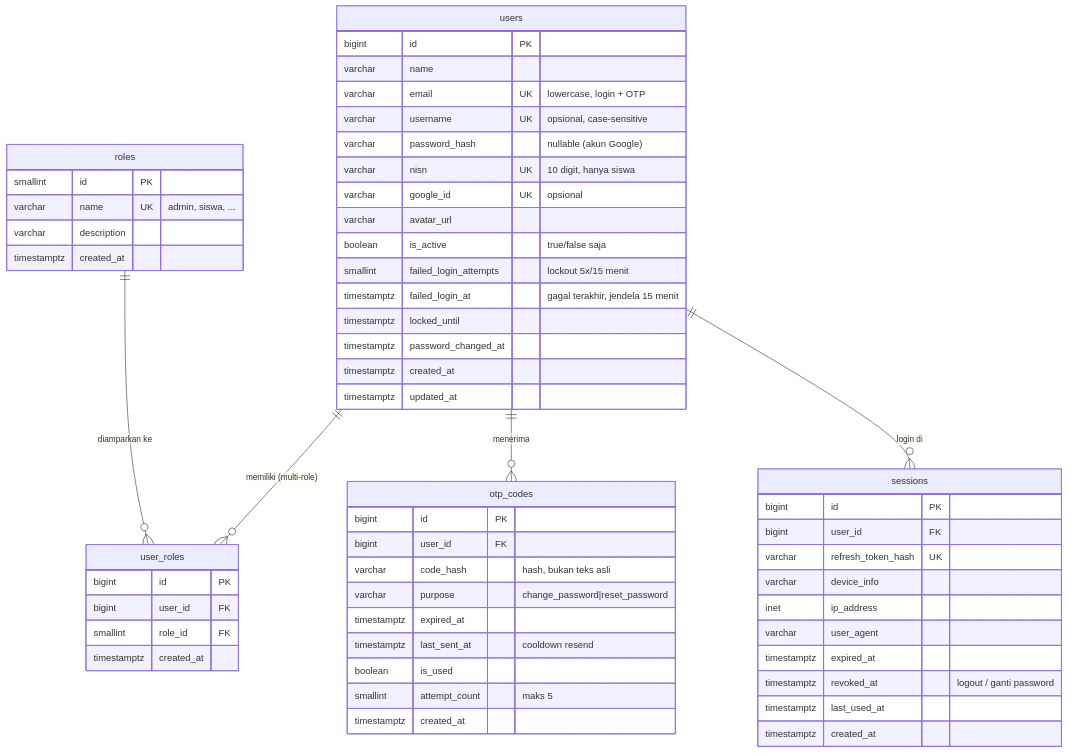
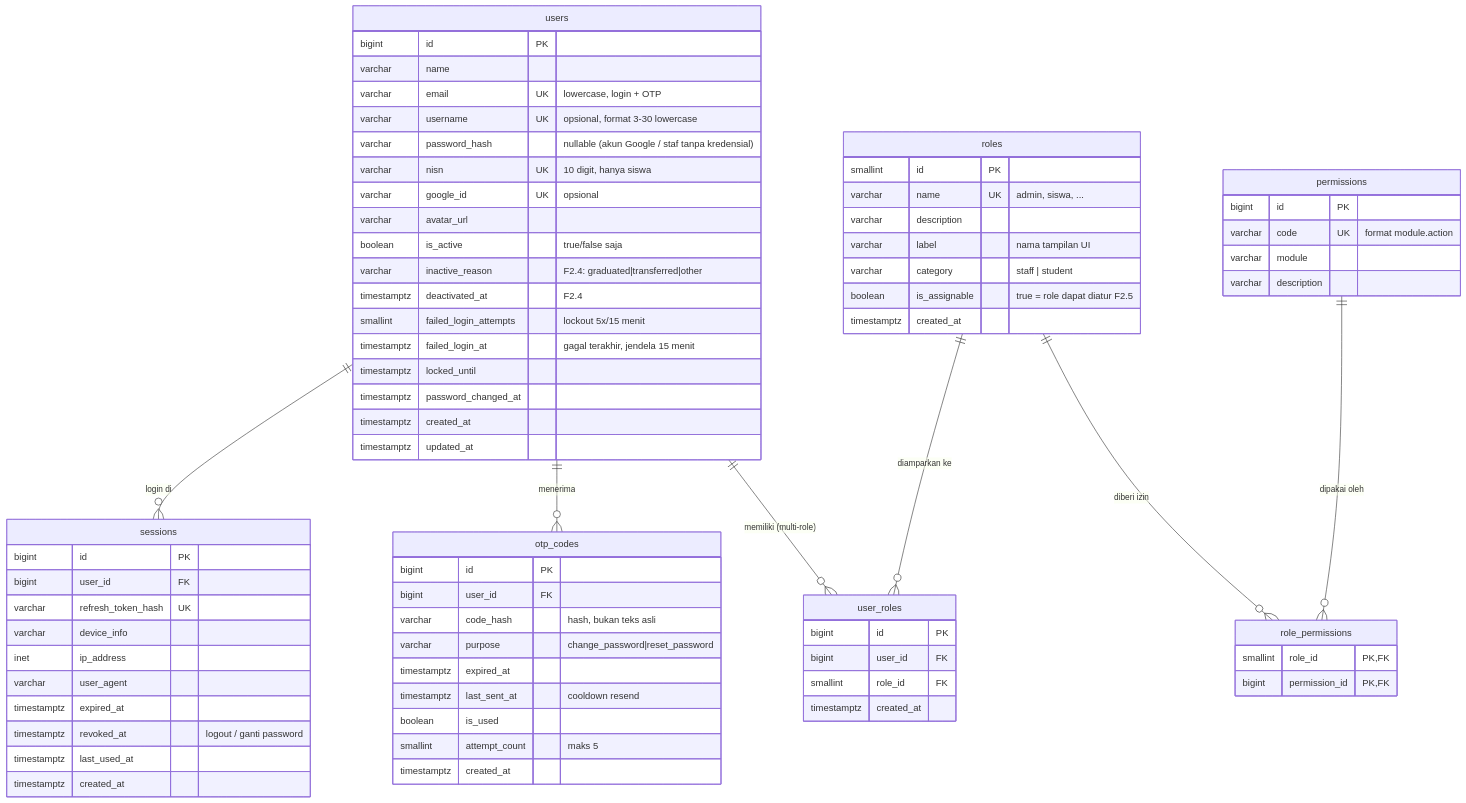
The first of 2 diagrams in DESAIN.md (Akyrr/absensi), drawn with Mermaid before and after one commit. The commit also changed other lines of this file, not shown here.

Commit message:
add the new 004_epic2_user_role_management.sql

````diff
--- a/DESAIN.md
+++ b/DESAIN.md
@@ -19,11 +19,16 @@
     roles ||--o{ user_roles : "diamparkan ke"
     users ||--o{ otp_codes   : "menerima"
     users ||--o{ sessions    : "login di"
+    roles ||--o{ role_permissions : "diberi izin"
+    permissions ||--o{ role_permissions : "dipakai oleh"
 
     roles {
         smallint id PK
         varchar name UK "admin, siswa, ..."
         varchar description
+        varchar label "nama tampilan UI"
+        varchar category "staff | student"
+        boolean is_assignable "true = role dapat diatur F2.5"
         timestamptz created_at
     }
 
@@ -31,12 +36,14 @@
         bigint id PK
         varchar name
         varchar email UK "lowercase, login + OTP"
-        varchar username UK "opsional, case-sensitive"
-        varchar password_hash "nullable (akun Google)"
+        varchar username UK "opsional, format 3-30 lowercase"
+        varchar password_hash "nullable (akun Google / staf tanpa kredensial)"
         varchar nisn UK "10 digit, hanya siswa"
         varchar google_id UK "opsional"
         varchar avatar_url
         boolean is_active "true/false saja"
+        varchar inactive_reason "F2.4: graduated|transferred|other"
+        timestamptz deactivated_at "F2.4"
         smallint failed_login_attempts "lockout 5x/15 menit"
         timestamptz failed_login_at "gagal terakhir, jendela 15 menit"
         timestamptz locked_until
@@ -76,4 +83,16 @@
         timestamptz last_used_at
         timestamptz created_at
     }
+
+    permissions {
+        bigint id PK
+        varchar code UK "format module.action"
+        varchar module
+        varchar description
+    }
+
+    role_permissions {
+        smallint role_id PK,FK
+        bigint permission_id PK,FK
+    }
 ```
````
